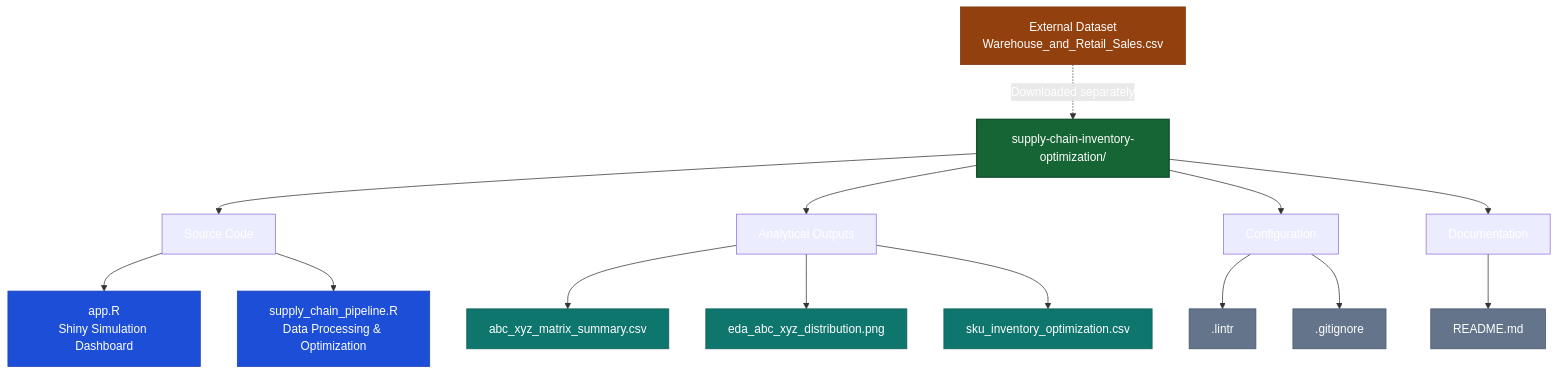
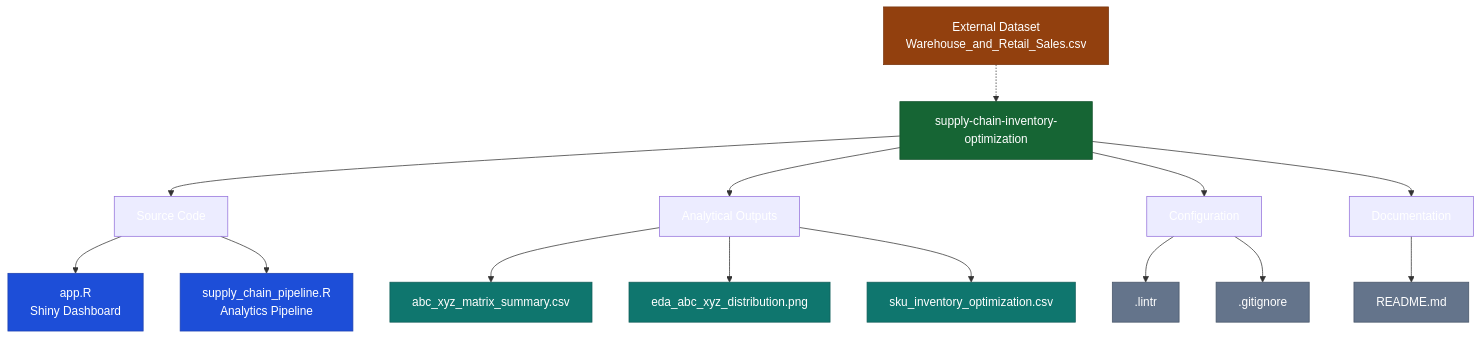
One commit to AshutoshTembhekar/supply-chain-inventory-optimization changed the second of 3 diagrams in README.md. Above: the diagram before and after it, drawn with Mermaid. The commit also changed other lines of this file, not shown here.

Commit message:
Revise README with project details and setup guide
Updated the README.md to include project overview, methodology, setup instructions, and author information.

````diff
--- a/README.md
+++ b/README.md
@@ -282,36 +282,36 @@
 ```mermaid
 flowchart TD
-    ROOT["supply-chain-inventory-optimization/"]
+    ROOT["supply-chain-inventory-optimization"]
 
     ROOT --> SRC["Source Code"]
-    ROOT --> DATA["Analytical Outputs"]
-    ROOT --> CONFIG["Configuration"]
+    ROOT --> OUT["Analytical Outputs"]
+    ROOT --> CFG["Configuration"]
     ROOT --> DOC["Documentation"]
 
-    SRC --> APP["app.R<br/>Shiny Simulation Dashboard"]
-    SRC --> PIPE["supply_chain_pipeline.R<br/>Data Processing & Optimization"]
+    SRC --> APP["app.R<br/>Shiny Dashboard"]
+    SRC --> PIPE["supply_chain_pipeline.R<br/>Analytics Pipeline"]
 
-    DATA --> SUMMARY["abc_xyz_matrix_summary.csv"]
-    DATA --> DIST["eda_abc_xyz_distribution.png"]
-    DATA --> SKU["sku_inventory_optimization.csv"]
+    OUT --> CSV1["abc_xyz_matrix_summary.csv"]
+    OUT --> PNG["eda_abc_xyz_distribution.png"]
+    OUT --> CSV2["sku_inventory_optimization.csv"]
 
-    CONFIG --> LINT[".lintr"]
-    CONFIG --> IGNORE[".gitignore"]
+    CFG --> LINT[".lintr"]
+    CFG --> GIT[".gitignore"]
 
     DOC --> README["README.md"]
 
-    EXTERNAL["External Dataset<br/>Warehouse_and_Retail_Sales.csv"]
-    EXTERNAL -. "Downloaded separately" .-> ROOT
+    EXT["External Dataset<br/>Warehouse_and_Retail_Sales.csv"]
+    EXT -.-> ROOT
 
-    classDef root fill:#166534,color:#ffffff,stroke:#14532d,stroke-width:2px
-    classDef source fill:#1d4ed8,color:#ffffff,stroke:#1e40af
-    classDef output fill:#0f766e,color:#ffffff,stroke:#115e59
-    classDef config fill:#64748b,color:#ffffff,stroke:#475569
-    classDef external fill:#92400e,color:#ffffff,stroke:#78350f
+    classDef root fill:#166534,color:#fff,stroke:#14532d
+    classDef source fill:#1d4ed8,color:#fff,stroke:#1e40af
+    classDef output fill:#0f766e,color:#fff,stroke:#115e59
+    classDef config fill:#64748b,color:#fff,stroke:#475569
+    classDef external fill:#92400e,color:#fff,stroke:#78350f
 
     class ROOT root
     class APP,PIPE source
-    class SUMMARY,DIST,SKU output
-    class LINT,IGNORE,README config
-    class EXTERNAL external
+    class CSV1,PNG,CSV2 output
+    class LINT,GIT,README config
+    class EXT external
 ```
````
